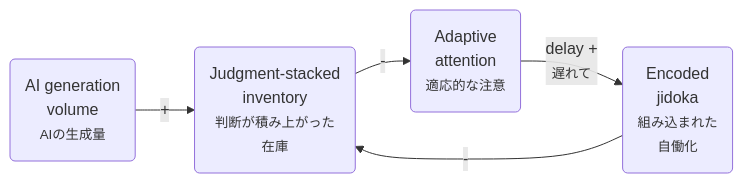
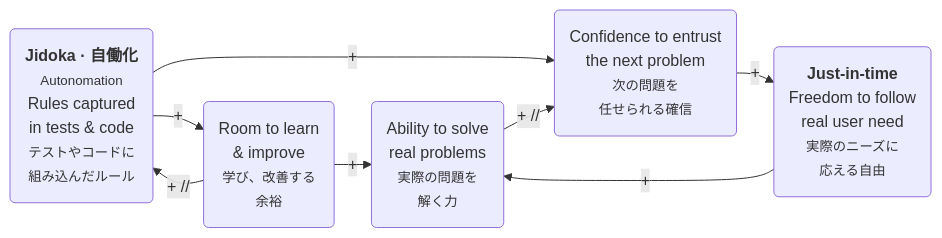
The third of 3 diagrams in slides/tps-and-ai/slides.md (terryyin/terry-talks), drawn with Mermaid before and after one commit. The commit also changed other lines of this file and 8 other files, not shown here.

````diff
--- a/slides/tps-and-ai/slides.md
+++ b/slides/tps-and-ai/slides.md
@@ -1005,13 +1083,18 @@
-```mermaid {scale: 1.0}
+```mermaid {scale: 0.9}
+%%{init: {'flowchart': {'rankSpacing': 28, 'nodeSpacing': 25}}}%%
 flowchart LR
-  AI(AI generation<br>volume<br><small>AIの生成量</small>)
-  INV(Judgment-stacked<br>inventory<br><small>判断が積み上がった<br>在庫</small>)
-  AA(Adaptive<br>attention<br><small>適応的な注意</small>)
-  EJ(Encoded<br>jidoka<br><small>組み込まれた<br>自働化</small>)
+  EJ(<b>Jidoka · 自働化</b><br><small>Autonomation</small><br>Rules captured<br>in tests & code<br><small>テストやコードに<br>組み込んだルール</small>)
+  AA(Room to learn<br>& improve<br><small>学び、改善する<br>余裕</small>)
+  CAP(Ability to solve<br>real problems<br><small>実際の問題を<br>解く力</small>)
+  WT(Confidence to entrust<br>the next problem<br><small>次の問題を<br>任せられる確信</small>)
+  PULL(<b>Just-in-time</b><br>Freedom to follow<br>real user need<br><small>実際のニーズに<br>応える自由</small>)
 
-  AI -->|"+"| INV
-  INV -->|"-"| AA
-  AA -->|"delay +<br><small>遅れて</small>"| EJ
-  EJ -->|"-"| INV
-  class AI accent
+  EJ -->|"+"| AA
+  AA -->|"+ //"| EJ
+  AA -->|"+"| CAP
+  EJ -->|"+"| WT
+  CAP -->|"+ //"| WT
+  WT -->|"+"| PULL
+  PULL -->|"+"| CAP
+  class AA,PULL accent
 ```
````
